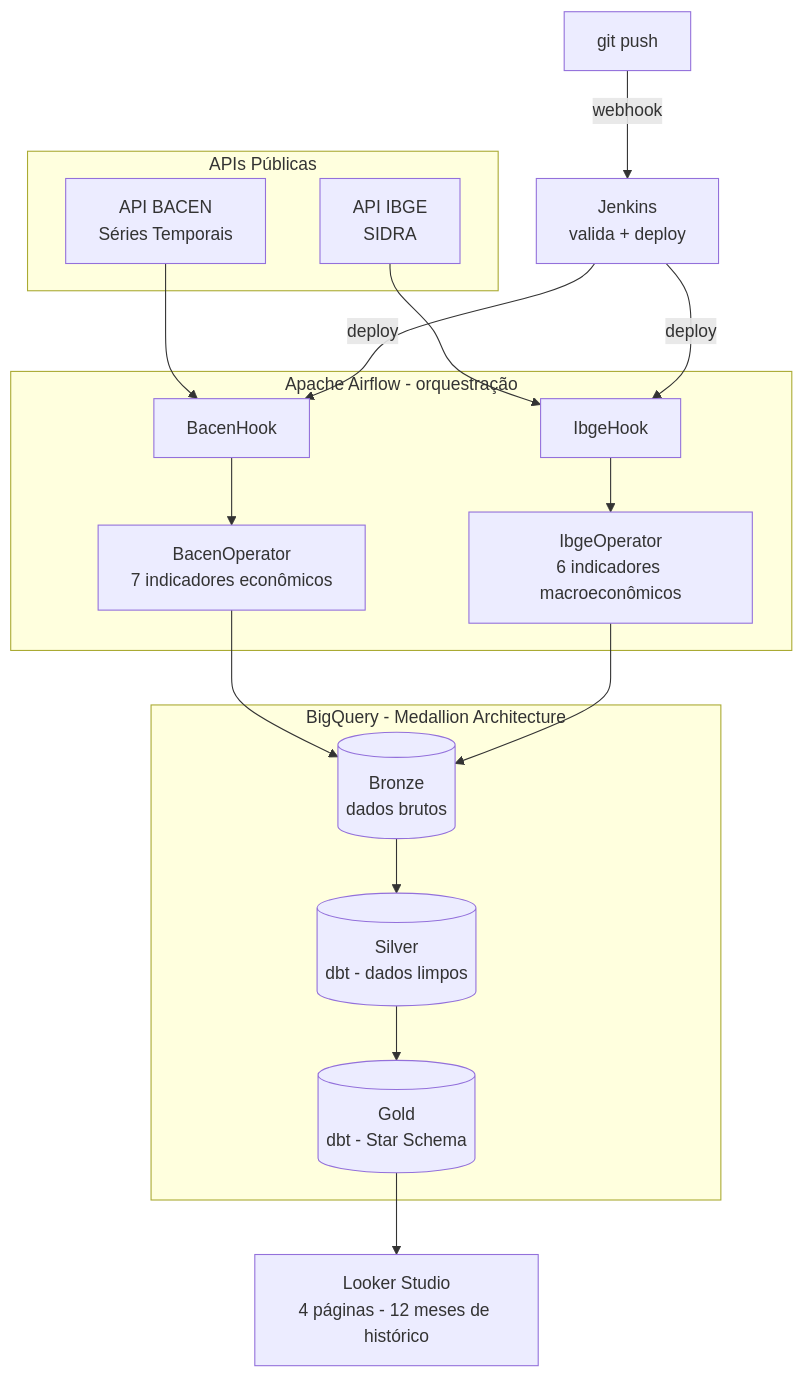
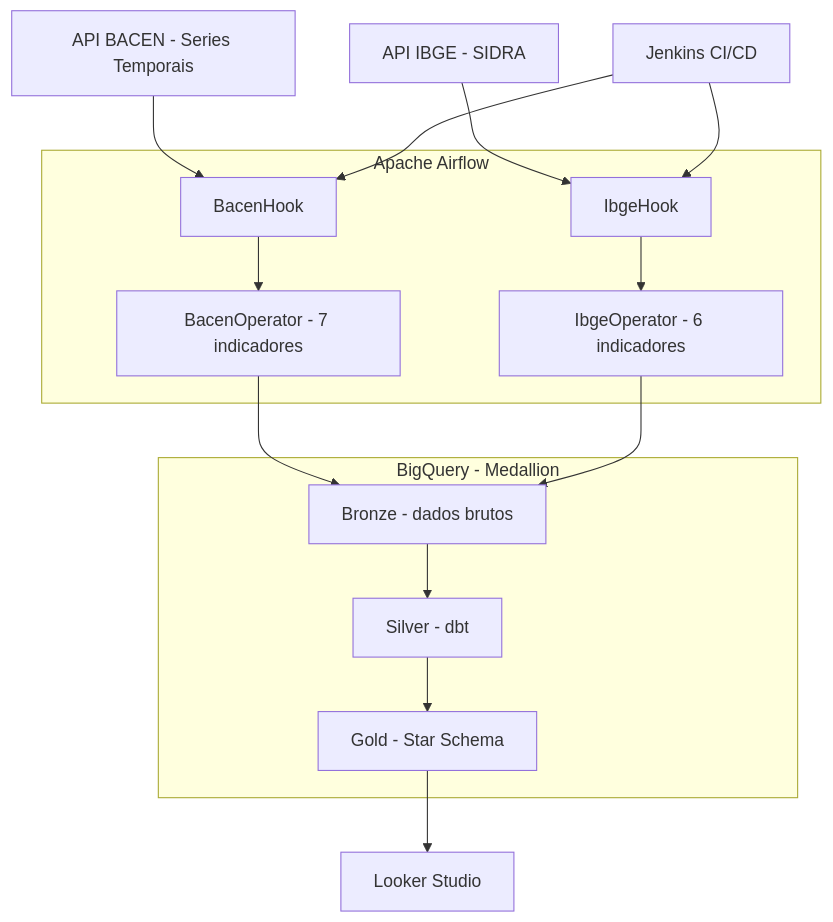
The diagram in README.md (AwanneZanca/pipeline-dados-GCP-Bacen), drawn with Mermaid before and after one commit.

Commit message:
Simplifica sintaxe do diagrama mermaid para compatibilidade com GitHub
Remove formas de cilindro, titulos de subgrafo entre aspas e tags
<br/>, que provavelmente nao sao suportados pela versao de mermaid
que o GitHub renderiza, causando o erro 'Cannot read properties of
undefined (reading render)'. Validado localmente com mermaid-cli.

````diff
--- a/README.md
+++ b/README.md
@@ -11,31 +11,33 @@
 ```mermaid
 flowchart TD
-    subgraph Fontes["APIs Públicas"]
-        BACEN[API BACEN<br/>Séries Temporais]
-        IBGE[API IBGE<br/>SIDRA]
+    BACEN[API BACEN - Series Temporais]
+    IBGE[API IBGE - SIDRA]
+
+    subgraph AF [Apache Airflow]
+        BH[BacenHook]
+        BO[BacenOperator - 7 indicadores]
+        IH[IbgeHook]
+        IO[IbgeOperator - 6 indicadores]
+        BH --> BO
+        IH --> IO
     end
 
-    subgraph AF["Apache Airflow - orquestração"]
-        BH[BacenHook] --> BO[BacenOperator<br/>7 indicadores econômicos]
-        IH[IbgeHook] --> IO[IbgeOperator<br/>6 indicadores macroeconômicos]
+    subgraph BQ [BigQuery - Medallion]
+        Bronze[Bronze - dados brutos]
+        Silver[Silver - dbt]
+        Gold[Gold - Star Schema]
+        Bronze --> Silver
+        Silver --> Gold
     end
 
-    subgraph BQ["BigQuery - Medallion Architecture"]
-        Bronze[(Bronze<br/>dados brutos)]
-        Silver[(Silver<br/>dbt - dados limpos)]
-        Gold[(Gold<br/>dbt - Star Schema)]
-        Bronze --> Silver --> Gold
-    end
-
-    Looker[Looker Studio<br/>4 páginas - 12 meses de histórico]
+    Looker[Looker Studio]
+    Jenkins[Jenkins CI/CD]
 
     BACEN --> BH
     IBGE --> IH
     BO --> Bronze
     IO --> Bronze
     Gold --> Looker
-
-    Git[git push] -->|webhook| Jenkins[Jenkins<br/>valida + deploy]
-    Jenkins -->|deploy| BH
-    Jenkins -->|deploy| IH
+    Jenkins --> BH
+    Jenkins --> IH
 ```
````
